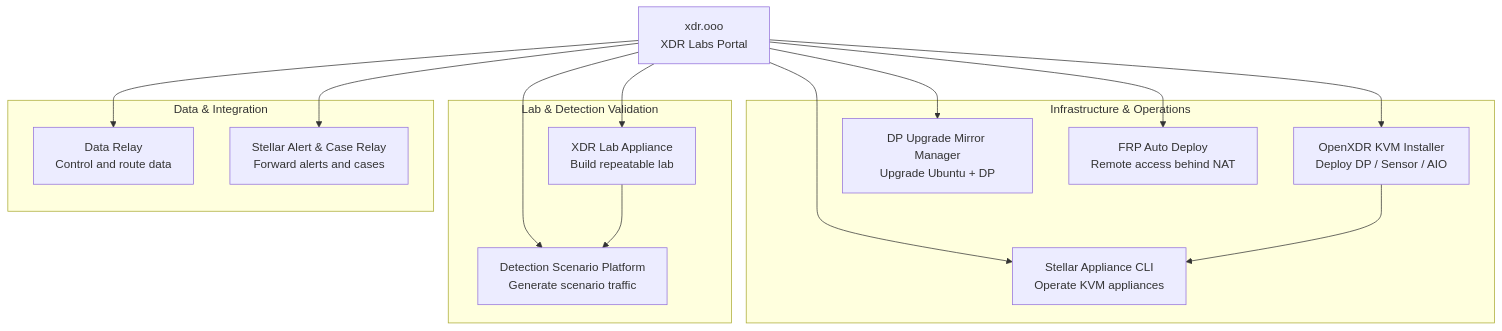
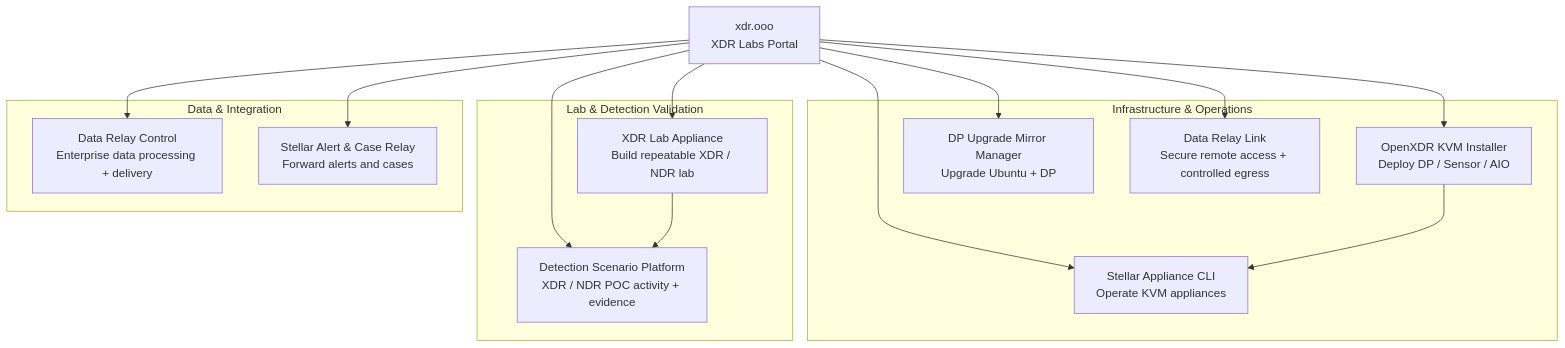
The diagram in project-map.mdx (xdr-labs/xdr-labs-portal), drawn with Mermaid before and after one commit. The commit also changed other lines of this file, not shown here.

Commit message:
Update project map for Data Relay Link and Control

````diff
--- a/project-map.mdx
+++ b/project-map.mdx
@@ -10,33 +10,33 @@
 ```mermaid
 flowchart TD
     P[xdr.ooo\nXDR Labs Portal]
 
     subgraph INFRA[Infrastructure & Operations]
       KVM[OpenXDR KVM Installer\nDeploy DP / Sensor / AIO]
       UPG[DP Upgrade Mirror Manager\nUpgrade Ubuntu + DP]
       CLI[Stellar Appliance CLI\nOperate KVM appliances]
-      FRP[FRP Auto Deploy\nRemote access behind NAT]
+      LINK[Data Relay Link\nSecure remote access + controlled egress]
     end
 
     subgraph LAB[Lab & Detection Validation]
-      XLAB[XDR Lab Appliance\nBuild repeatable lab]
-      DSP[Detection Scenario Platform\nGenerate scenario traffic]
+      XLAB[XDR Lab Appliance\nBuild repeatable XDR / NDR lab]
+      DSP[Detection Scenario Platform\nXDR / NDR POC activity + evidence]
     end
 
     subgraph DATA[Data & Integration]
-      DR[Data Relay\nControl and route data]
+      CTRL[Data Relay Control\nEnterprise data processing + delivery]
       SYS[Stellar Alert & Case Relay\nForward alerts and cases]
     end
 
     P --> KVM
     P --> UPG
     P --> CLI
-    P --> FRP
+    P --> LINK
     P --> XLAB
     P --> DSP
-    P --> DR
+    P --> CTRL
     P --> SYS
 
     KVM --> CLI
     XLAB --> DSP
 ```
````
